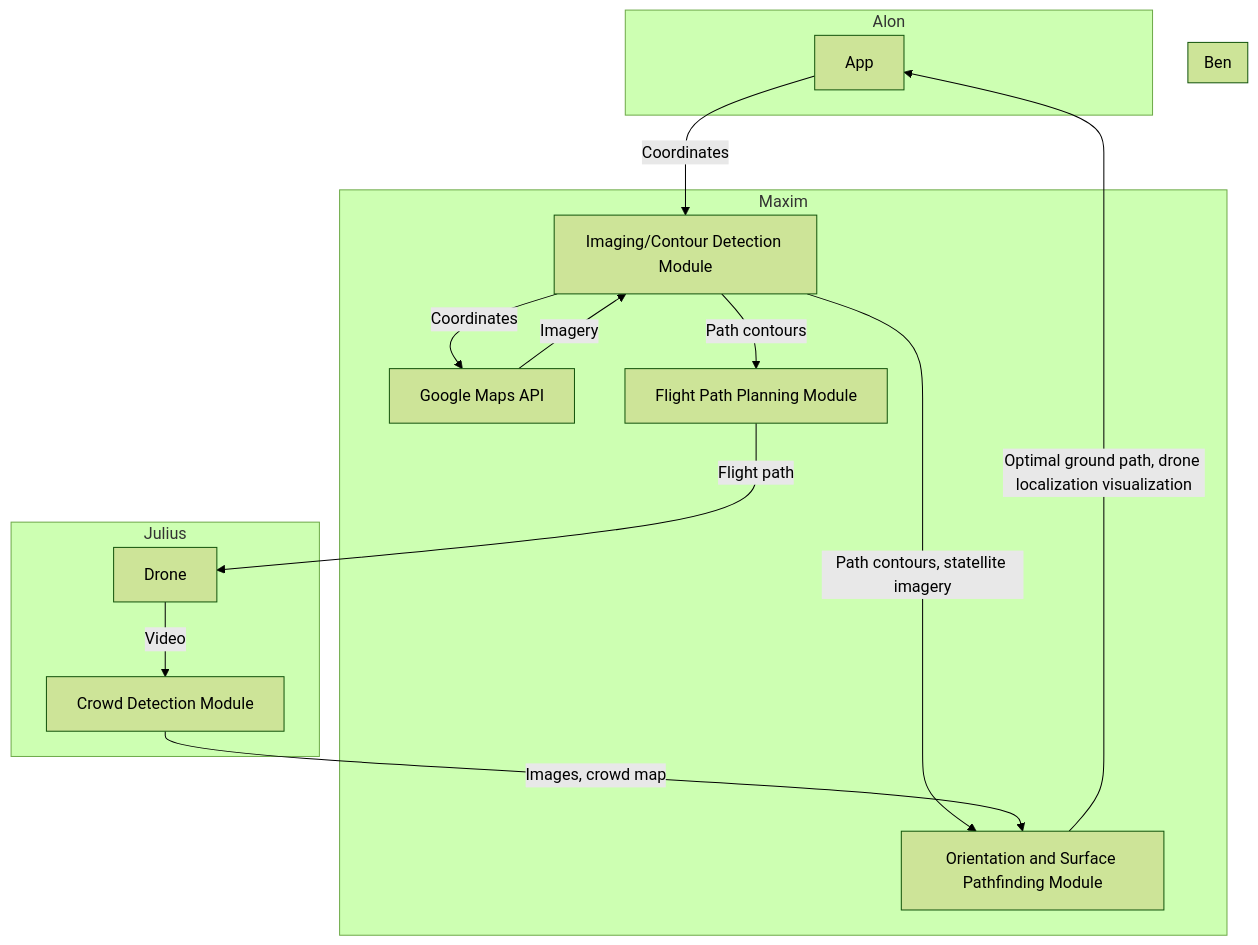
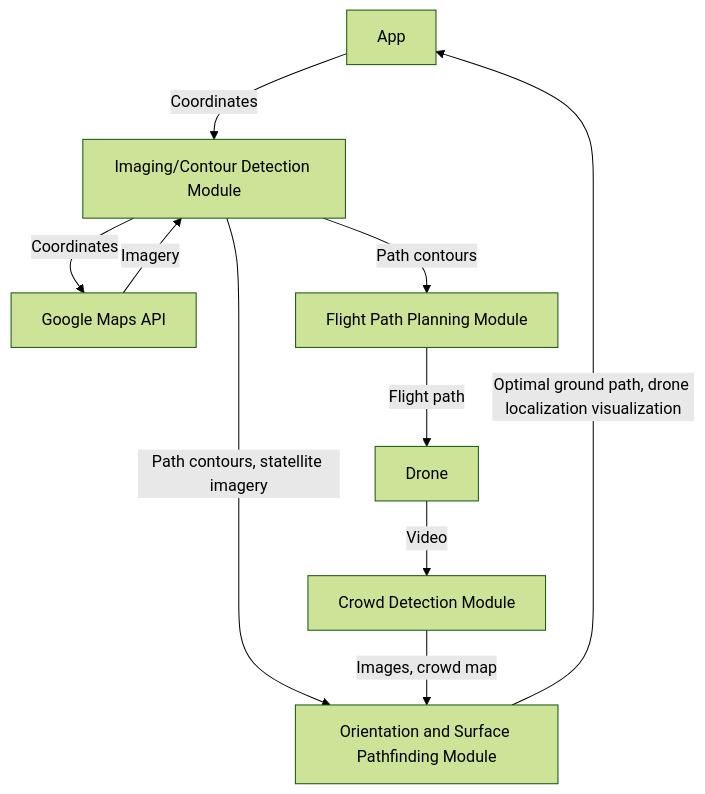
One commit to maximuskiii/TartanHacks2024 changed the diagram in README.md. Above: the diagram before and after it, drawn with Mermaid (forest theme).

Commit message:
testing subgraphs

````diff
--- a/README.md
+++ b/README.md
@@ -3,20 +3,12 @@
 ```mermaid
 flowchart TB
     A[App] -->|Coordinates| B[Imaging/Contour Detection Module];
-    subgraph Maxim
     B -->|Coordinates| C[Google Maps API];
     C -->|Imagery| B
     B -->|Path contours| D[Flight Path Planning Module]
     B -->|Path contours, statellite imagery| E[Orientation and Surface Pathfinding Module]
-    end
-    subgraph Julius
     D -->|Flight path| F[Drone]
     F -->|Video| G[Crowd Detection Module]
-    end
-    subgraph Ben
     G -->|Images, crowd map| E
-    end
-    subgraph Alon
     E -->|Optimal ground path, drone localization visualization| A
-    end
 ```
````
